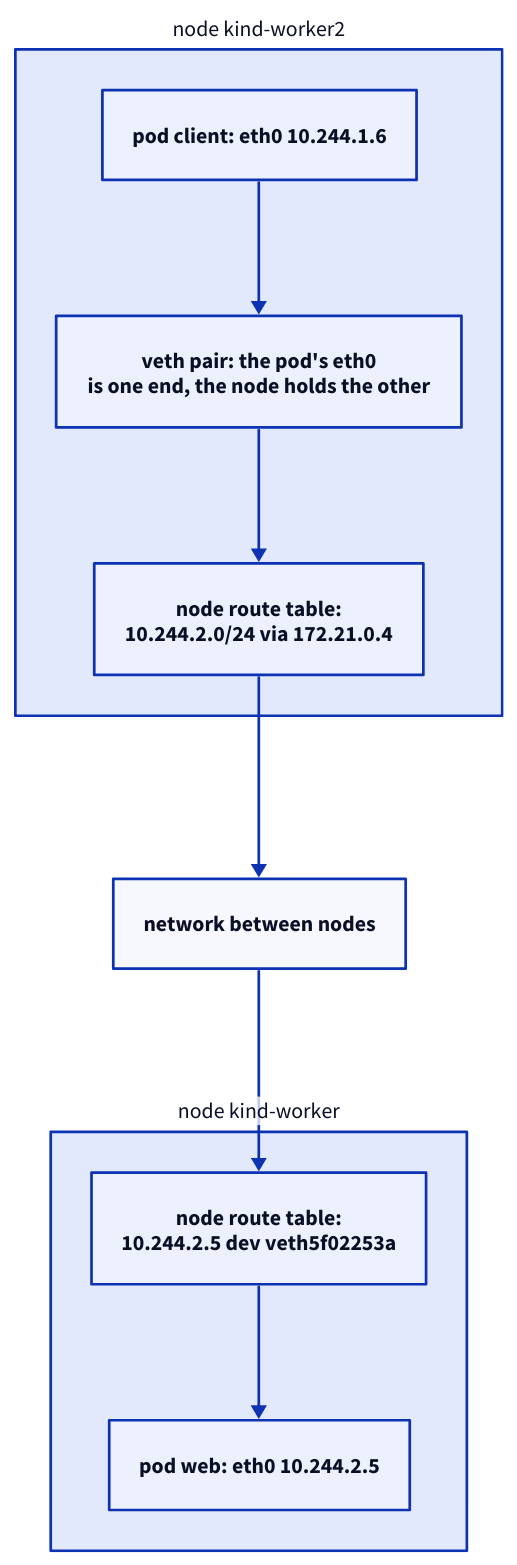
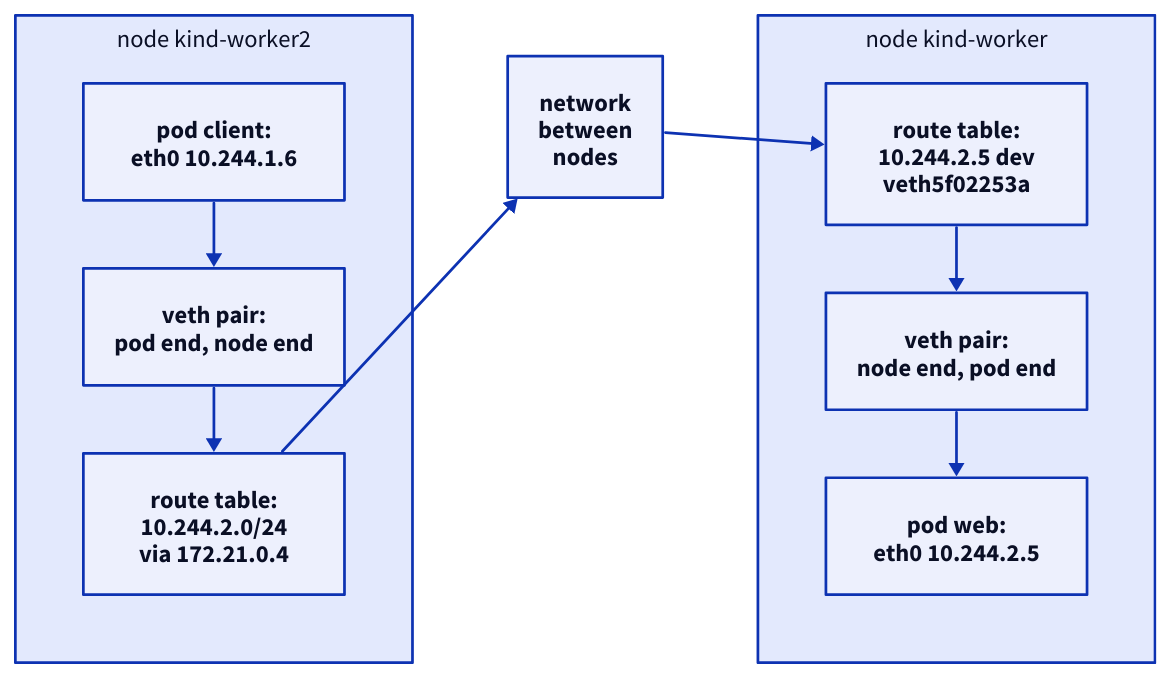
One commit to Tianbo-Qiu/build changed the diagram in content/k8s/network-model/path.d2. Above: the diagram before and after it, drawn with D2. The commit also changed 27 other files, not shown here.

First line of the commit message:
Reflow oversized diagrams for readability

```diff
--- a/content/k8s/network-model/path.d2
+++ b/content/k8s/network-model/path.d2
@@ -1,20 +1,29 @@
-direction: down
+grid-rows: 1
+grid-columns: 3
+grid-gap: 40
 
 w2: "node kind-worker2" {
-  direction: down
-  pod: "pod client: eth0 10.244.1.6"
-  veth: "veth pair: the pod's eth0\nis one end, the node holds the other"
-  rt: "node route table:\n10.244.2.0/24 via 172.21.0.4"
+  grid-columns: 1
+  grid-gap: 50
+  pod: "pod client:\neth0 10.244.1.6"
+  veth: "veth pair:\npod end, node end"
+  rt: "route table:\n10.244.2.0/24\nvia 172.21.0.4"
   pod -> veth -> rt
 }
-net: "network between nodes"
+mid: "" {
+  style.fill: transparent
+  style.stroke: transparent
+  net: "network\nbetween\nnodes"
+}
 w1: "node kind-worker" {
-  direction: down
-  rt: "node route table:\n10.244.2.5 dev veth5f02253a"
-  pod: "pod web: eth0 10.244.2.5"
-  rt -> pod
+  grid-columns: 1
+  grid-gap: 50
+  rt: "route table:\n10.244.2.5 dev\nveth5f02253a"
+  veth: "veth pair:\nnode end, pod end"
+  pod: "pod web:\neth0 10.244.2.5"
+  rt -> veth -> pod
 }
-w2.rt -> net -> w1.rt
+w2.rt -> mid.net -> w1.rt
 
-**.style.font-size: 16
-(** -> **)[*].style.font-size: 16
+**.style.font-size: 18
+(** -> **)[*].style.font-size: 18
```
